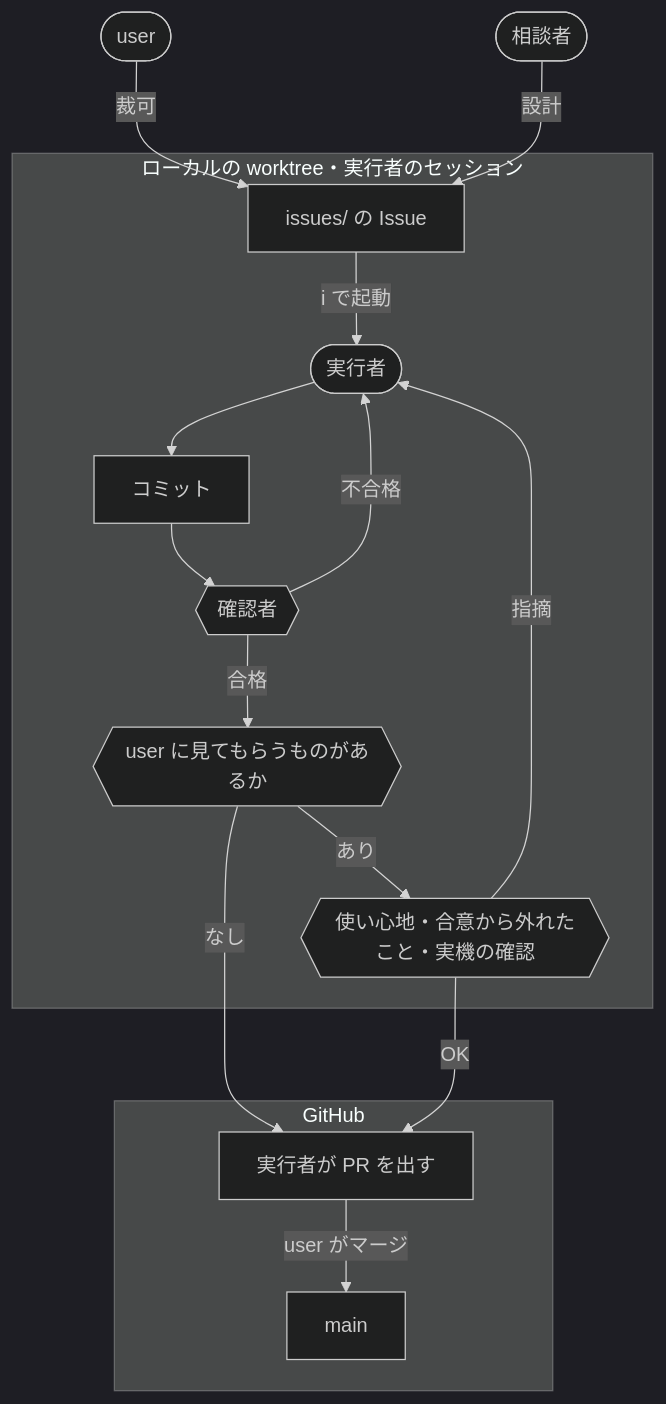
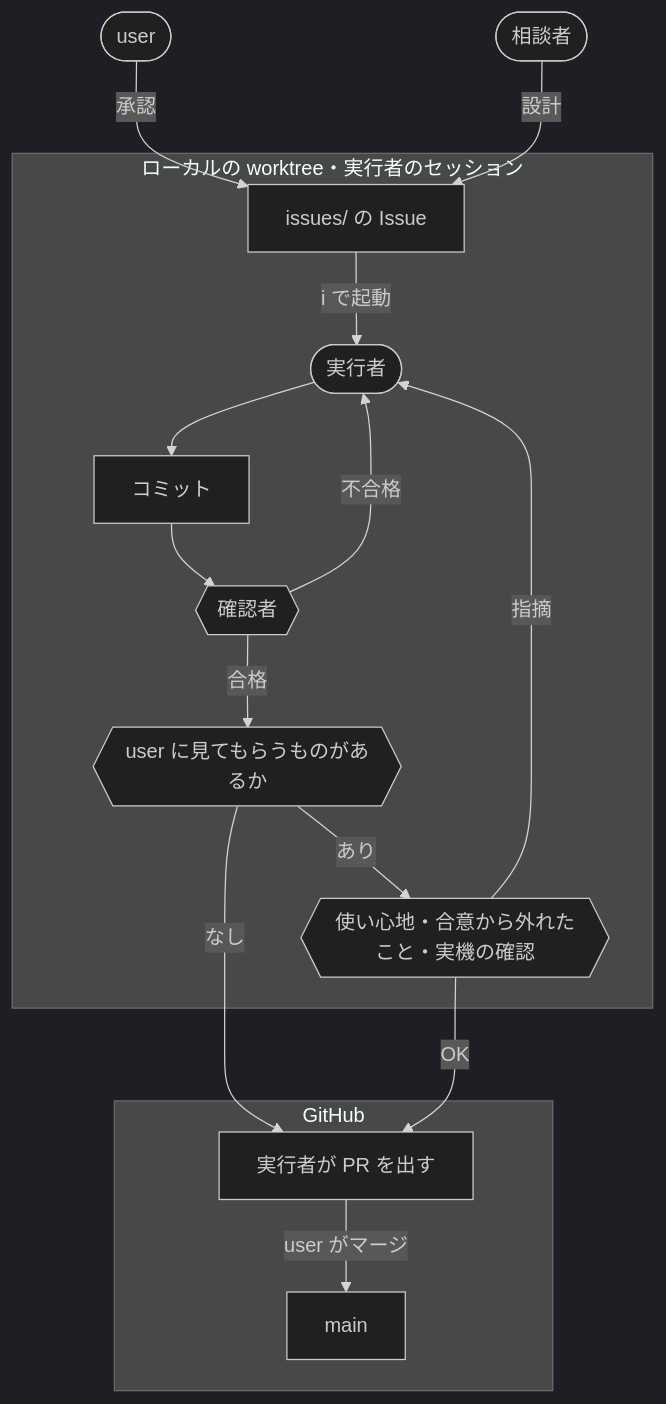
One commit to yktsnet/dotfiles-public changed the diagram in README.md. Above: the diagram before and after it, drawn with Mermaid (dark theme). The commit also changed other lines of this file and 24 other files, not shown here.

````diff
--- a/README.md
+++ b/README.md
@@ -63,19 +63,19 @@
 ```mermaid
 flowchart TD
-    U([user]) -->|裁可| I[issues/ の Issue]
+    U([user]) -->|承認| I[issues/ の Issue]
     C([相談者]) -->|設計| I
     subgraph local [ローカルの worktree・実行者のセッション]
         I -->|i で起動| E([実行者])
         E --> L[コミット]
         L --> J{{確認者}}
         J -->|不合格| E
         J -->|合格| V{{user に見てもらうものがあるか}}
         V -->|あり| H{{使い心地・合意から外れたこと・実機の確認}}
         H -->|指摘| E
     end
     V -->|なし| P
     H -->|OK| P
     subgraph remote [GitHub]
         P[実行者が PR を出す] -->|user がマージ| M[main]
     end
 ```
````
